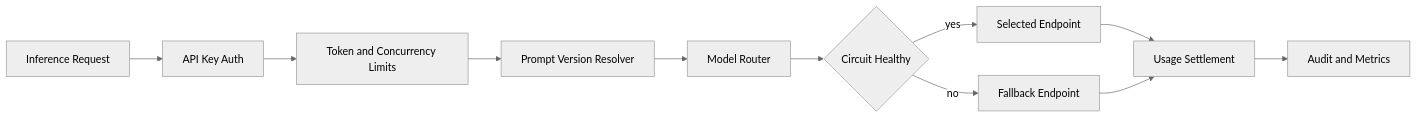
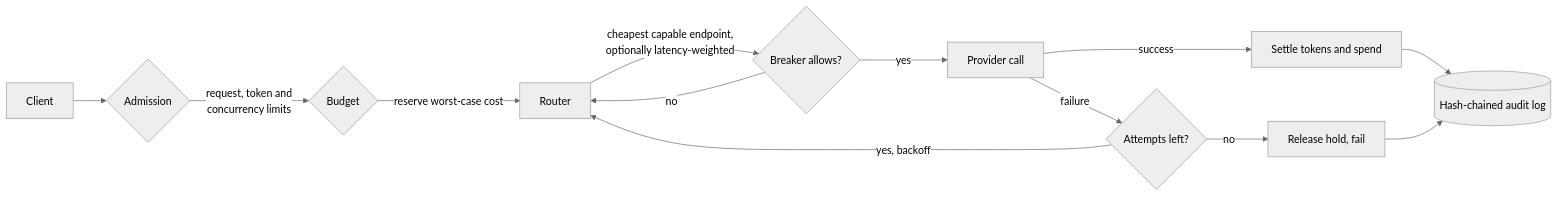
The diagram in README.md (asher0913/ai-gateway-control-plane), drawn with Mermaid (neutral theme) before and after one commit. The commit also changed other lines of this file and 22 other files, not shown here.

````diff
--- a/README.md
+++ b/README.md
@@ -20,13 +54,15 @@
 ```mermaid
 flowchart LR
-  R[Inference Request] --> A[API Key Auth]
-  A --> L[Token and Concurrency Limits]
-  L --> P[Prompt Version Resolver]
-  P --> M[Model Router]
-  M --> C{Circuit Healthy}
-  C -->|yes| E[Selected Endpoint]
-  C -->|no| F[Fallback Endpoint]
-  E --> S[Usage Settlement]
-  F --> S
-  S --> O[Audit and Metrics]
+    C[Client] --> A{Admission}
+    A -->|request, token and<br/>concurrency limits| B{Budget}
+    B -->|reserve worst-case cost| R[Router]
+    R -->|cheapest capable endpoint,<br/>optionally latency-weighted| CB{Breaker allows?}
+    CB -->|yes| P[Provider call]
+    CB -->|no| R
+    P -->|success| S[Settle tokens and spend]
+    P -->|failure| F{Attempts left?}
+    F -->|yes, backoff| R
+    F -->|no| X[Release hold, fail]
+    S --> L[(Hash-chained audit log)]
+    X --> L
 ```
````
